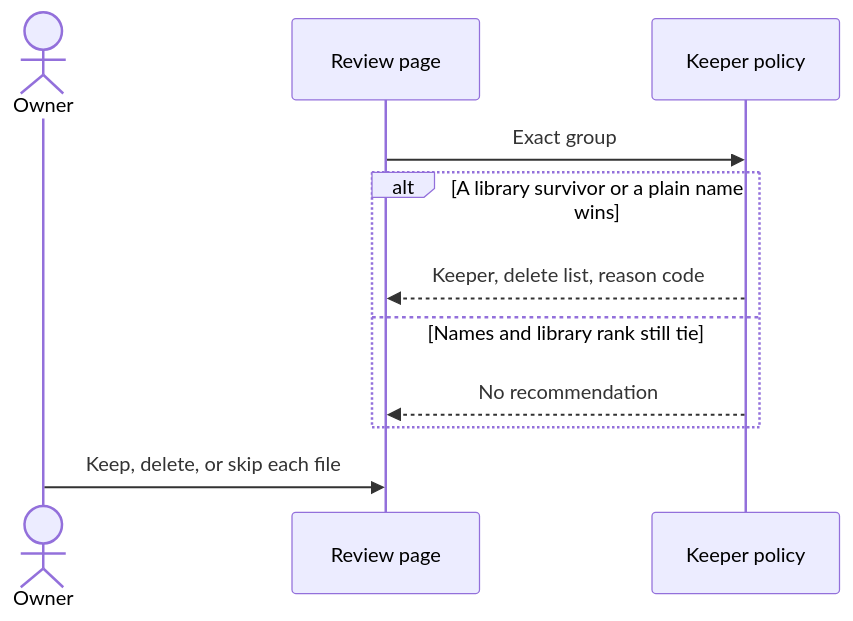
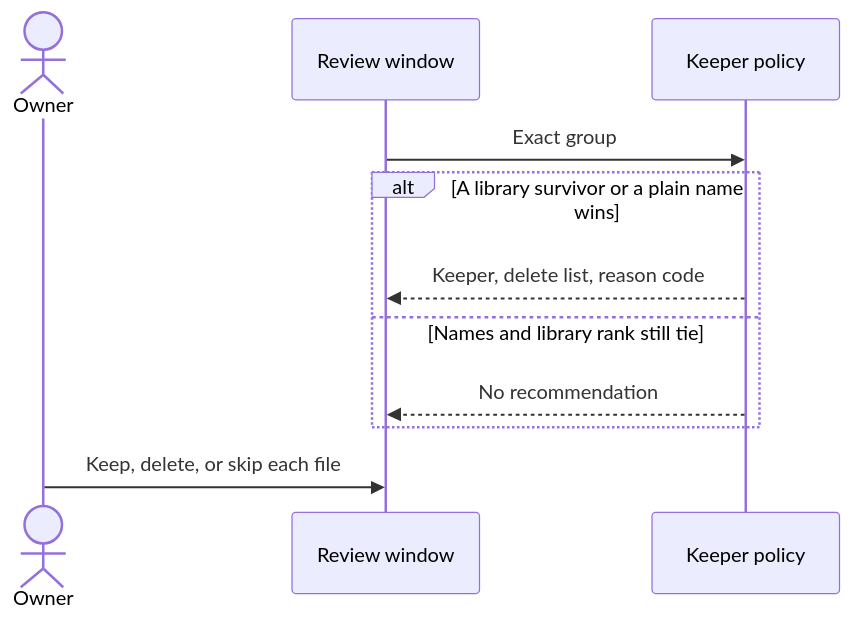
The third of 8 diagrams in docs/use-cases.md (cionz0/hdsort), drawn with Mermaid before and after one commit. The commit also changed other lines of this file and 27 other files, not shown here.

Commit message:
Open a native review window so a scan can show its progress.

````diff
--- a/docs/use-cases.md
+++ b/docs/use-cases.md
@@ -62,13 +62,13 @@
 ```mermaid
 sequenceDiagram
   actor Owner
-  participant Page as Review page
+  participant Window as Review window
   participant Policy as Keeper policy
-  Page->>Policy: Exact group
+  Window->>Policy: Exact group
   alt A library survivor or a plain name wins
-    Policy-->>Page: Keeper, delete list, reason code
+    Policy-->>Window: Keeper, delete list, reason code
   else Names and library rank still tie
-    Policy-->>Page: No recommendation
+    Policy-->>Window: No recommendation
   end
-  Owner->>Page: Keep, delete, or skip each file
+  Owner->>Window: Keep, delete, or skip each file
 ```
````
